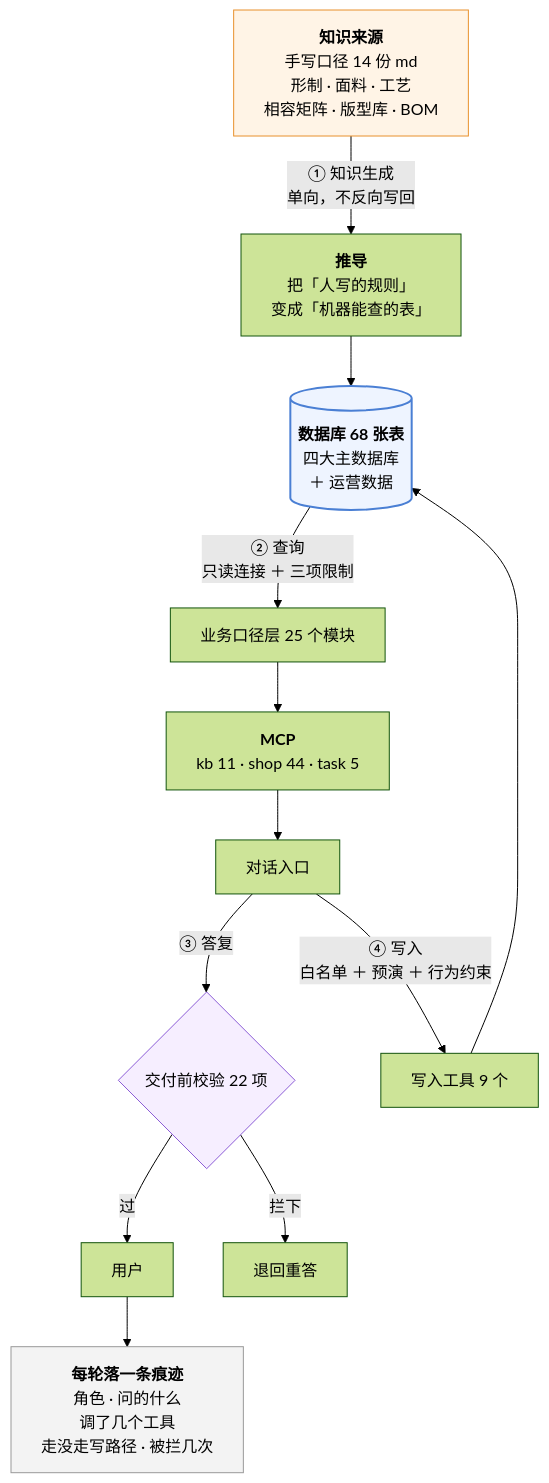
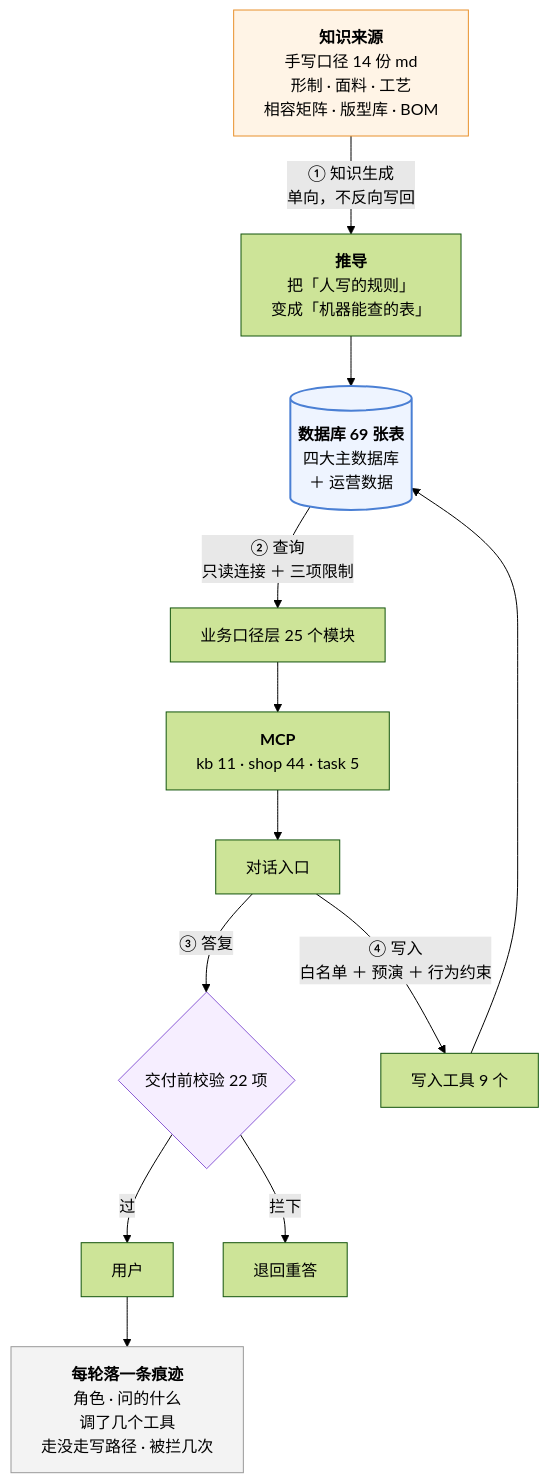
The third of 4 diagrams in 澜绣云裳agent-产品需求文档.md (843773296-rgb/lanxiu-yunshang-agent), drawn with Mermaid (forest theme) before and after one commit. The commit also changed other lines of this file and 3 other files, not shown here.

````diff
--- a/澜绣云裳agent-产品需求文档.md
+++ b/澜绣云裳agent-产品需求文档.md
@@ -375,24 +375,24 @@
 ```mermaid
 flowchart TD
     MD["<b>知识来源</b><br/>手写口径 14 份 md<br/>形制 · 面料 · 工艺<br/>相容矩阵 · 版型库 · BOM"]
     MD -->|"① 知识生成<br/>单向，不反向写回"| DV["<b>推导</b><br/>把「人写的规则」<br/>变成「机器能查的表」"]
-    DV --> DB[("<b>数据库 68 张表</b><br/>四大主数据库<br/>＋ 运营数据")]
+    DV --> DB[("<b>数据库 69 张表</b><br/>四大主数据库<br/>＋ 运营数据")]
 
     DB -->|"② 查询<br/>只读连接 ＋ 三项限制"| KJ["业务口径层 25 个模块"]
     KJ --> MCP["<b>MCP</b><br/>kb 11 · shop 44 · task 5"]
     MCP --> LLM["对话入口"]
 
     LLM -->|"③ 答复"| GD{"交付前校验 22 项"}
     GD -- 过 --> U["用户"]
     GD -- 拦下 --> RE["退回重答"]
 
     LLM -->|"④ 写入<br/>白名单 ＋ 预演 ＋ 行为约束"| W["写入工具 9 个"]
     W --> DB
 
     U --> TR["<b>每轮落一条痕迹</b><br/>角色 · 问的什么<br/>调了几个工具<br/>走没走写路径 · 被拦几次"]
 
     style MD fill:#fff4e6,stroke:#e8912d
     style DB fill:#eef4ff,stroke:#4a7fd4,stroke-width:2px
     style GD fill:#f6eeff,stroke:#8b5cd6
     style TR fill:#f3f3f3,stroke:#999
 ```
````
